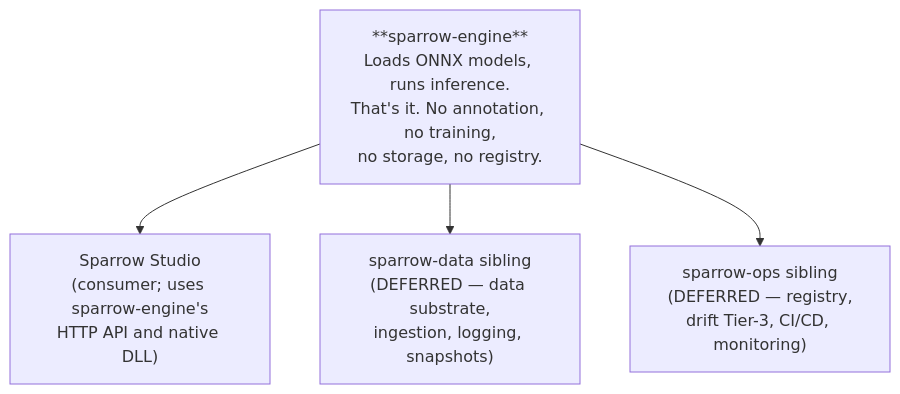
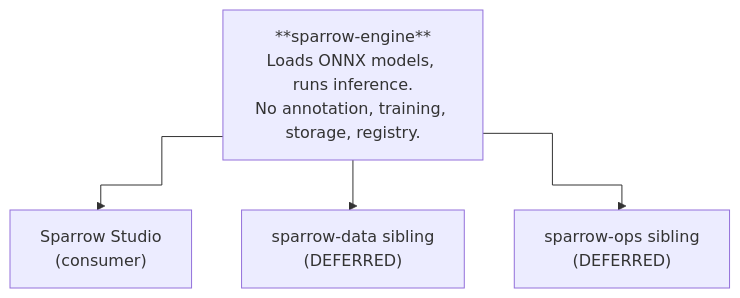
The second of 2 diagrams in docs/user-manual.md (microsoft/Pytorch-Wildlife), drawn with Mermaid before and after one commit. The commit also changed other lines of this file, not shown here.

Commit message:
docs(user-manual): tune Mermaid preview — step curves, shorter labels, prose for details

````diff
--- a/docs/user-manual.md
+++ b/docs/user-manual.md
@@ -77,11 +78,9 @@
 ```mermaid
+%%{init: {'flowchart': {'curve': 'step'}}}%%
 flowchart TB
-    SE["**sparrow-engine**<br/>Loads ONNX models, runs inference.<br/>That's it. No annotation, no training,<br/>no storage, no registry."]
-    STUDIO["Sparrow Studio<br/>(consumer; uses sparrow-engine's<br/>HTTP API and native DLL)"]
-    DATA["sparrow-data sibling<br/>(DEFERRED — data substrate,<br/>ingestion, logging, snapshots)"]
-    OPS["sparrow-ops sibling<br/>(DEFERRED — registry,<br/>drift Tier-3, CI/CD, monitoring)"]
-
-    SE --> STUDIO
-    SE --> DATA
-    SE --> OPS
+    SE["**sparrow-engine**<br/>Loads ONNX models, runs inference.<br/>No annotation, training, storage, registry."]
+    STUDIO["Sparrow Studio<br/>(consumer)"]
+    DATA["sparrow-data sibling<br/>(DEFERRED)"]
+    OPS["sparrow-ops sibling<br/>(DEFERRED)"]
+    SE --> STUDIO & DATA & OPS
 ```
````
